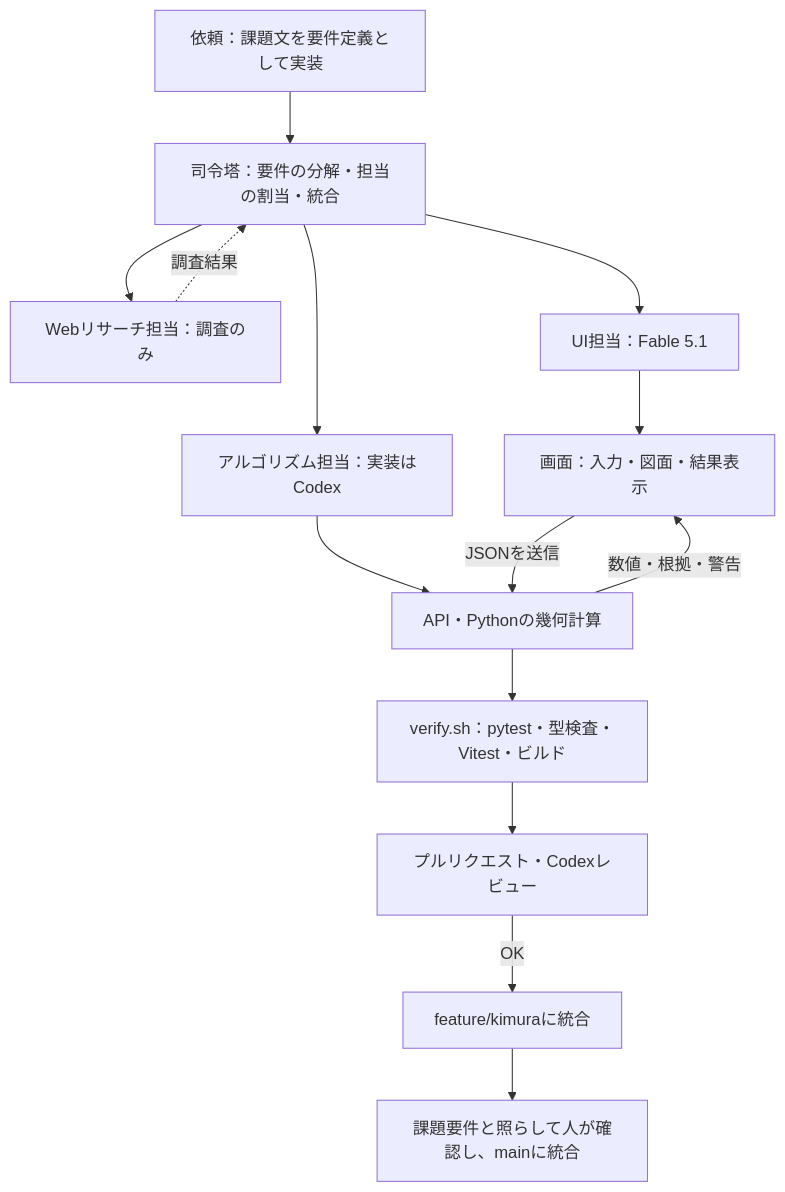
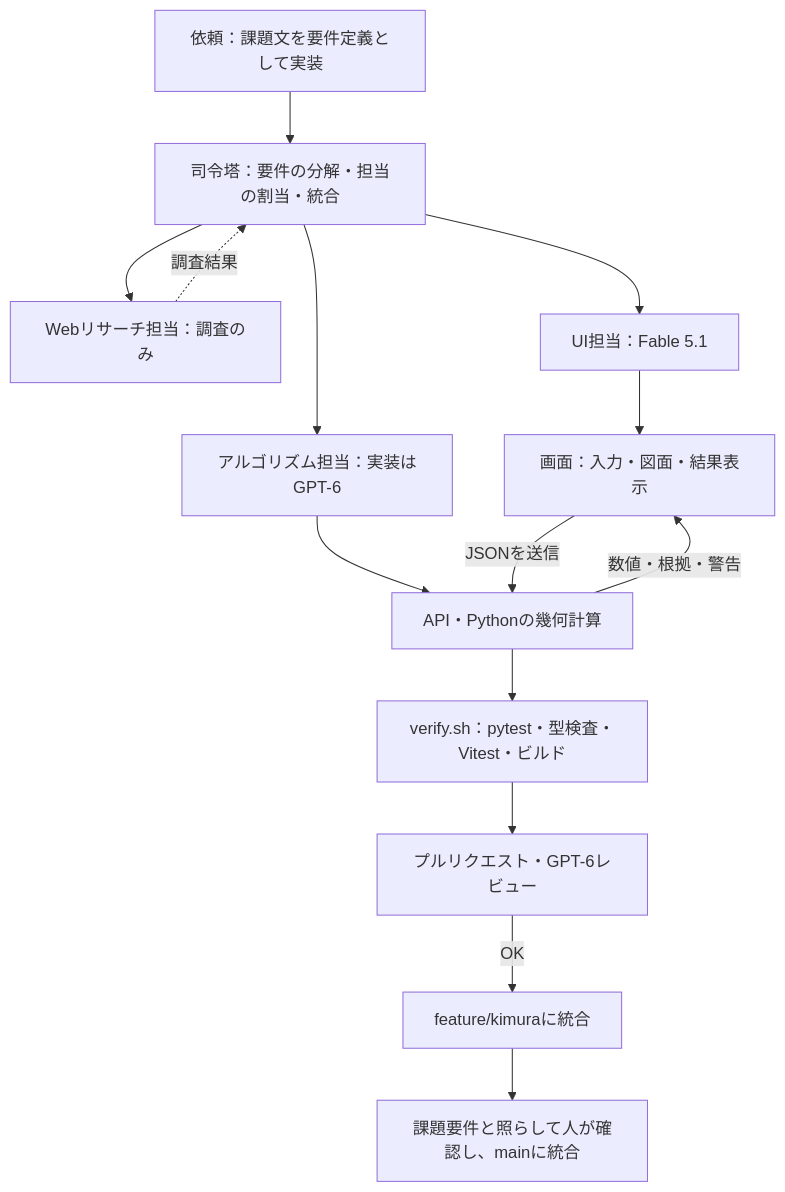
The diagram in README.md (Kimurist2024/KKG-kadai), drawn with Mermaid before and after one commit. The commit also changed other lines of this file, not shown here.

Commit message:
READMEで、バックエンドの実装とレビューのモデル名をGPT-6と書く
feature/kimura (#91) の README.md を main に反映。

````diff
--- a/README.md
+++ b/README.md
@@ -167,10 +167,10 @@
 ```mermaid
 flowchart TD
     P["依頼：課題文を要件定義として実装"] --> M["司令塔：要件の分解・担当の割当・統合"]
     M --> R["Webリサーチ担当：調査のみ"] -.->|"調査結果"| M
     M --> UI["UI担当：Fable 5.1"] --> U["画面：入力・図面・結果表示"]
-    M --> AL["アルゴリズム担当：実装はCodex"] --> G["API・Pythonの幾何計算"]
+    M --> AL["アルゴリズム担当：実装はGPT-6"] --> G["API・Pythonの幾何計算"]
     U -->|"JSONを送信"| G -->|"数値・根拠・警告"| U
-    G --> V["verify.sh：pytest・型検査・Vitest・ビルド"] --> RV["プルリクエスト・Codexレビュー"]
+    G --> V["verify.sh：pytest・型検査・Vitest・ビルド"] --> RV["プルリクエスト・GPT-6レビュー"]
     RV -->|"OK"| F["feature/kimuraに統合"] --> H["課題要件と照らして人が確認し、mainに統合"]
 ```
````
